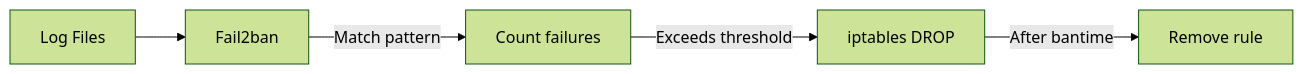
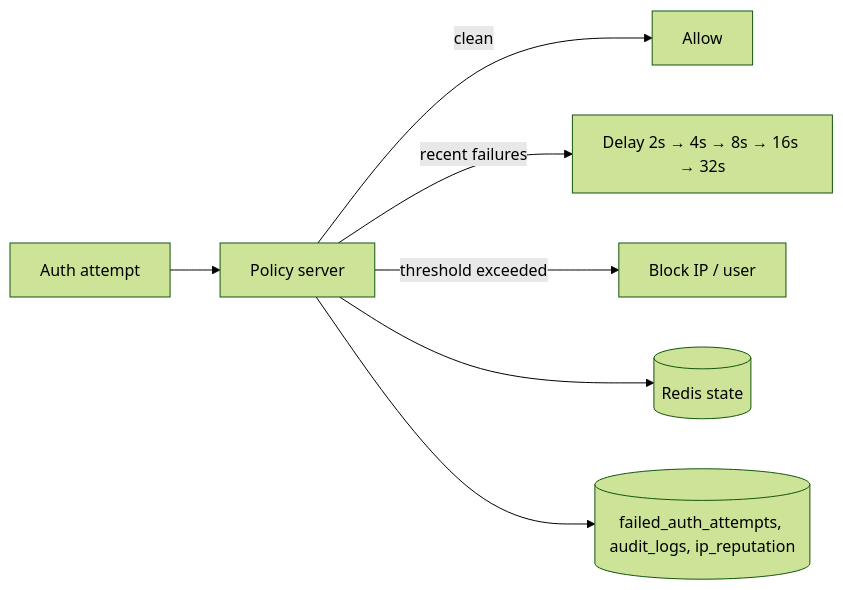
Before and after one commit to Techies-Africa/mailyte-mail-server-community: the diagram in docs/security/intrusion-detection.md, drawn with Mermaid (forest theme). The commit also changed other lines of this file and 481 other files, not shown here.

````diff
--- a/docs/security/intrusion-detection.md
+++ b/docs/security/intrusion-detection.md
@@ -21,7 +27,9 @@
 ```mermaid
 graph LR
-    LOGS[Log Files] --> F2B[Fail2ban]
-    F2B -->|Match pattern| COUNT[Count failures]
-    COUNT -->|Exceeds threshold| BAN[iptables DROP]
-    BAN -->|After bantime| UNBAN[Remove rule]
+    C[Auth attempt] --> P[Policy server]
+    P -->|clean| A[Allow]
+    P -->|recent failures| D["Delay 2s → 4s → 8s → 16s → 32s"]
+    P -->|threshold exceeded| B[Block IP / user]
+    P --> R[(Redis state)]
+    P --> M[(failed_auth_attempts, audit_logs, ip_reputation)]
 ```
````
